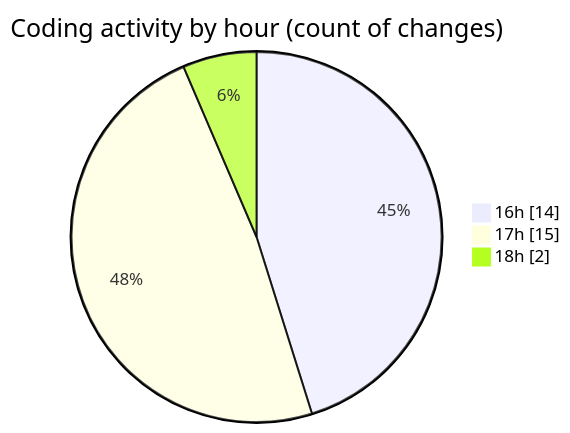
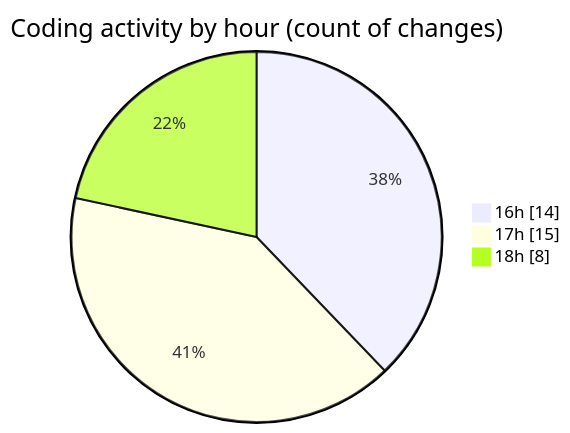
Before and after one commit to Elitesun/code-tracking: the second of 2 diagrams in 2025-01-31/flask/README.md, drawn with Mermaid. The commit also changed other lines of this file and 1 other file, not shown here.

````diff
--- a/2025-01-31/flask/README.md
+++ b/2025-01-31/flask/README.md
@@ -35,7 +35,7 @@
 ```mermaid
 pie showData
 title Coding activity by hour (count of changes)
 "16h" : 14
 "17h" : 15
-"18h" : 2
+"18h" : 8
 ```
````
